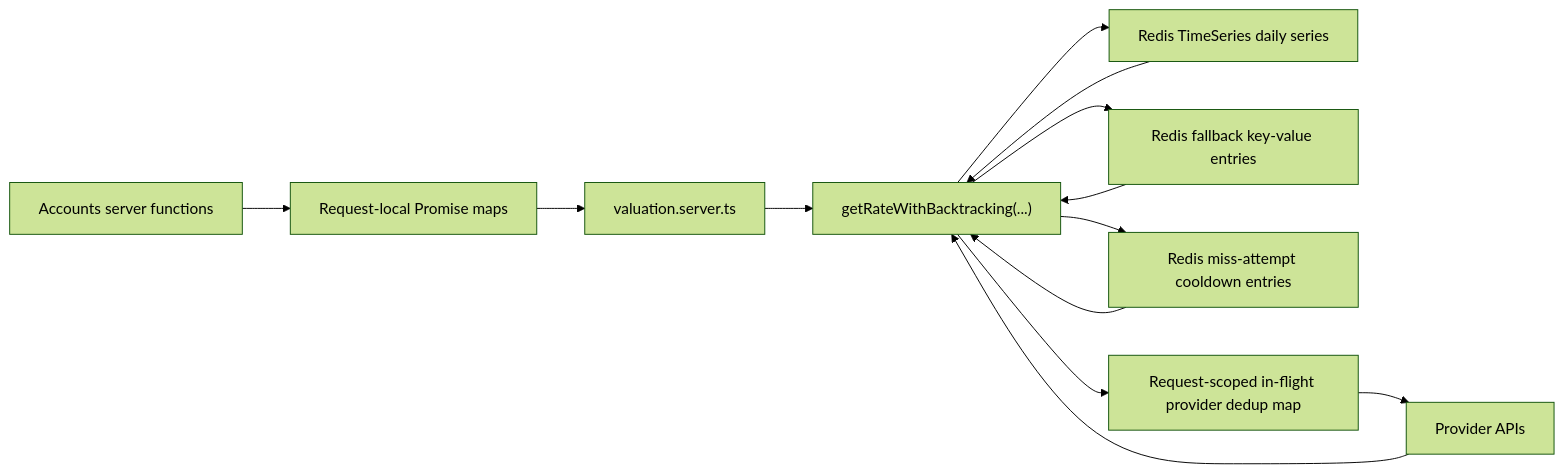
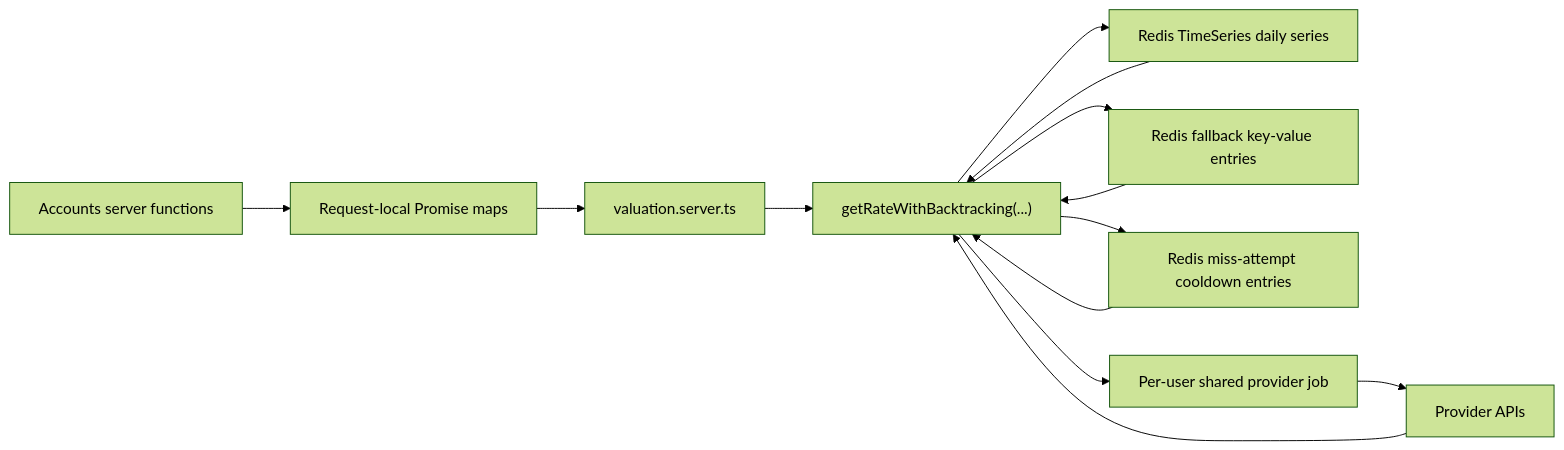
Before and after one commit to fxmkdev/cashfolio2: the first of 3 diagrams in apps/cashfolio-app2/docs/valuation-caching.md, drawn with Mermaid (forest theme). The commit also changed other lines of this file and 20 other files, not shown here.

Commit message:
Preserve per-user shared valuation work with independent subscribers

````diff
--- a/apps/cashfolio-app2/docs/valuation-caching.md
+++ b/apps/cashfolio-app2/docs/valuation-caching.md
@@ -53,15 +53,15 @@
 ```mermaid
 flowchart LR
   A["Accounts server functions"] --> B["Request-local Promise maps"]
   B --> C["valuation.server.ts"]
   C --> D["getRateWithBacktracking(...)"]
   D --> E["Redis TimeSeries daily series"]
   D --> F["Redis fallback key-value entries"]
   D --> H["Redis miss-attempt cooldown entries"]
-  D --> I["Request-scoped in-flight provider dedup map"]
+  D --> I["Per-user shared provider job"]
   I --> G["Provider APIs"]
   G --> D
   E --> D
   F --> D
   H --> D
 ```
````
